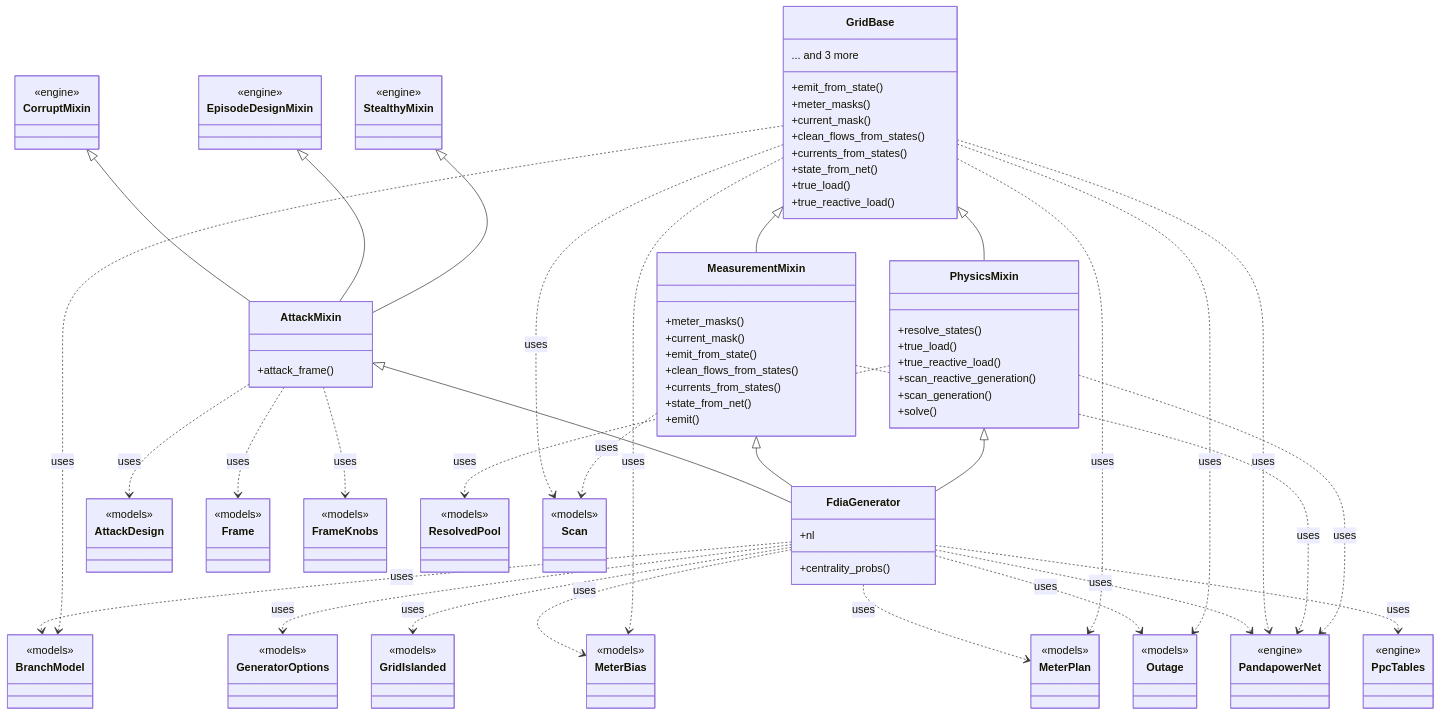
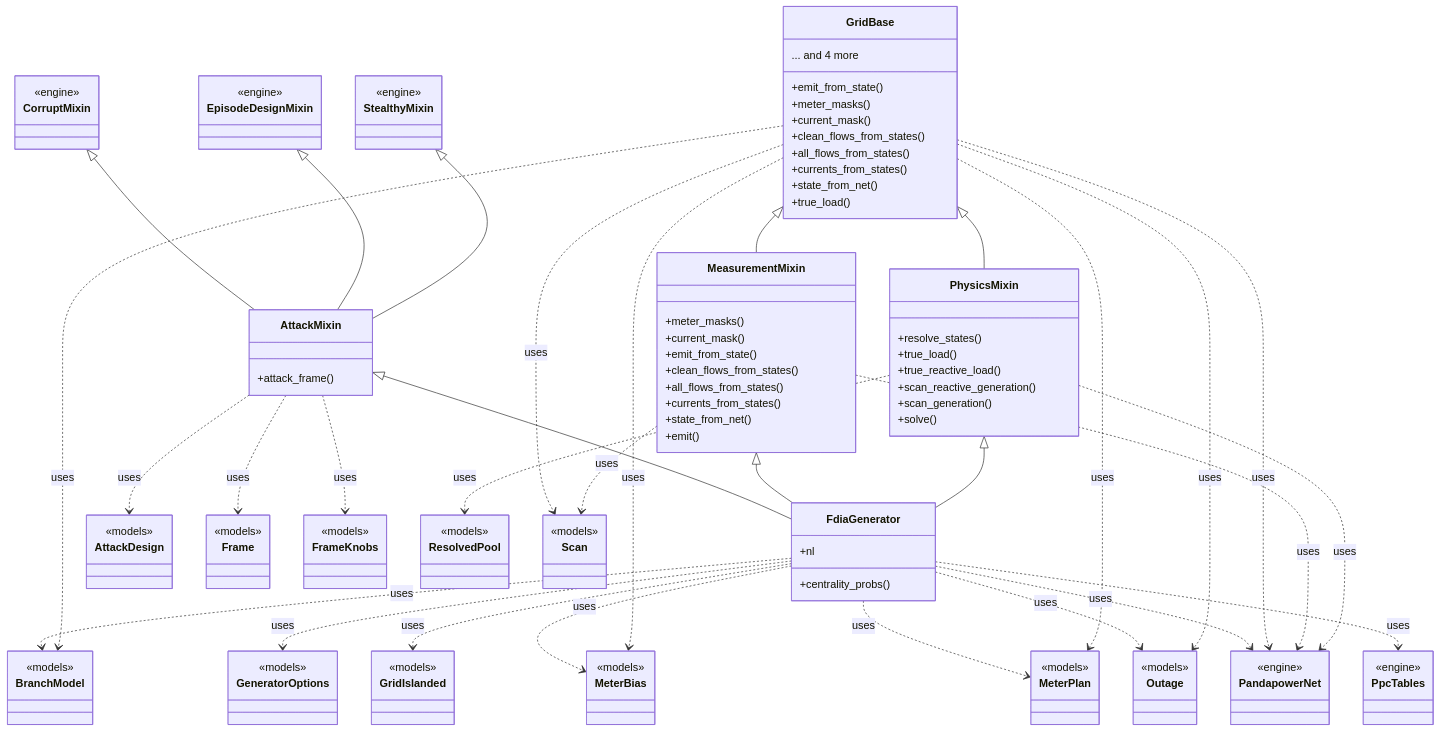
Before and after one commit to myersben9/fdia-graph: the diagram in docs/figures/diagrams/classes_engine.mmd, drawn with Mermaid. The commit also changed 21 other files, not shown here.

```diff
--- a/docs/figures/diagrams/classes_engine.mmd
+++ b/docs/figures/diagrams/classes_engine.mmd
@@ -1,113 +1,114 @@
 classDiagram
     class GridBase {
         +emit_from_state()
         +meter_masks()
         +current_mask()
         +clean_flows_from_states()
+        +all_flows_from_states()
         +currents_from_states()
         +state_from_net()
         +true_load()
-        +true_reactive_load()
-        ... and 3 more
+        ... and 4 more
     }
     class MeasurementMixin {
         +meter_masks()
         +current_mask()
         +emit_from_state()
         +clean_flows_from_states()
+        +all_flows_from_states()
         +currents_from_states()
         +state_from_net()
         +emit()
     }
     class PhysicsMixin {
         +resolve_states()
         +true_load()
         +true_reactive_load()
         +scan_reactive_generation()
         +scan_generation()
         +solve()
     }
     class AttackMixin {
         +attack_frame()
     }
     class FdiaGenerator {
         +nl
         +centrality_probs()
     }
     class AttackDesign {
         <<models>>
     }
     class BranchModel {
         <<models>>
     }
     class CorruptMixin {
         <<engine>>
     }
     class EpisodeDesignMixin {
         <<engine>>
     }
     class Frame {
         <<models>>
     }
     class FrameKnobs {
         <<models>>
     }
     class GeneratorOptions {
         <<models>>
     }
     class GridIslanded {
         <<models>>
     }
     class MeterBias {
         <<models>>
     }
     class MeterPlan {
         <<models>>
     }
     class Outage {
         <<models>>
     }
     class PandapowerNet {
         <<engine>>
     }
     class PpcTables {
         <<engine>>
     }
     class ResolvedPool {
         <<models>>
     }
     class Scan {
         <<models>>
     }
     class StealthyMixin {
         <<engine>>
     }
     AttackMixin <|-- FdiaGenerator
     CorruptMixin <|-- AttackMixin
     EpisodeDesignMixin <|-- AttackMixin
     GridBase <|-- MeasurementMixin
     GridBase <|-- PhysicsMixin
     MeasurementMixin <|-- FdiaGenerator
     PhysicsMixin <|-- FdiaGenerator
     StealthyMixin <|-- AttackMixin
     AttackMixin ..> AttackDesign : uses
     AttackMixin ..> Frame : uses
     AttackMixin ..> FrameKnobs : uses
     FdiaGenerator ..> BranchModel : uses
     FdiaGenerator ..> GeneratorOptions : uses
     FdiaGenerator ..> GridIslanded : uses
     FdiaGenerator ..> MeterBias : uses
     FdiaGenerator ..> MeterPlan : uses
     FdiaGenerator ..> Outage : uses
     FdiaGenerator ..> PandapowerNet : uses
     FdiaGenerator ..> PpcTables : uses
     GridBase ..> BranchModel : uses
     GridBase ..> MeterBias : uses
     GridBase ..> MeterPlan : uses
     GridBase ..> Outage : uses
     GridBase ..> PandapowerNet : uses
     GridBase ..> Scan : uses
     MeasurementMixin ..> PandapowerNet : uses
     MeasurementMixin ..> Scan : uses
     PhysicsMixin ..> PandapowerNet : uses
     PhysicsMixin ..> ResolvedPool : uses
```
